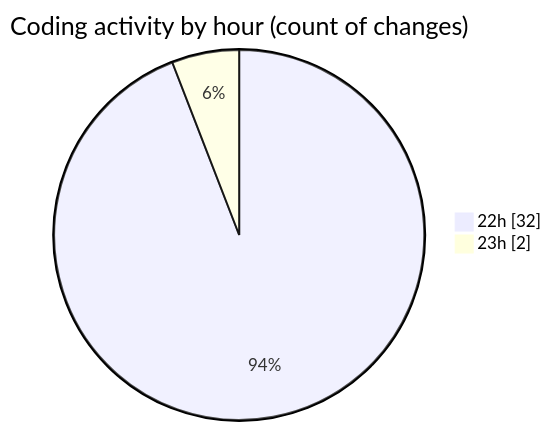
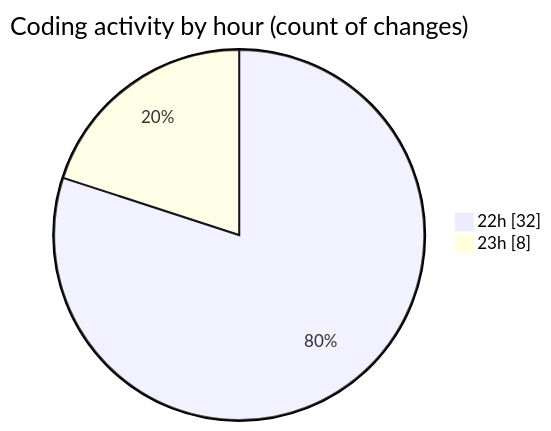
The second of 2 diagrams in 2025-10-23/javacript/README.md (nxtqubesakshisongat/code-tracking), drawn with Mermaid before and after one commit. The commit also changed other lines of this file and 1 other file, not shown here.

````diff
--- a/2025-10-23/javacript/README.md
+++ b/2025-10-23/javacript/README.md
@@ -28,6 +28,6 @@
 ```mermaid
 pie showData
 title Coding activity by hour (count of changes)
 "22h" : 32
-"23h" : 2
+"23h" : 8
 ```
````
